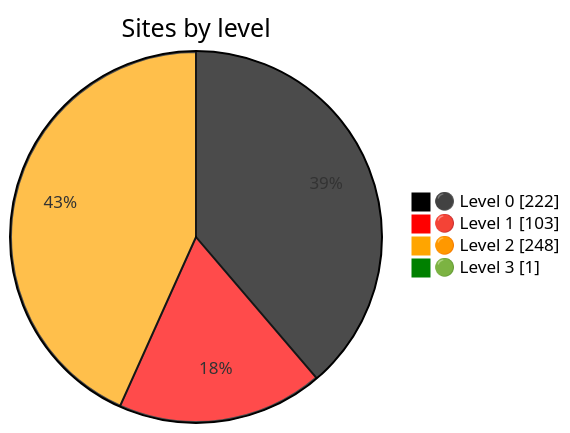
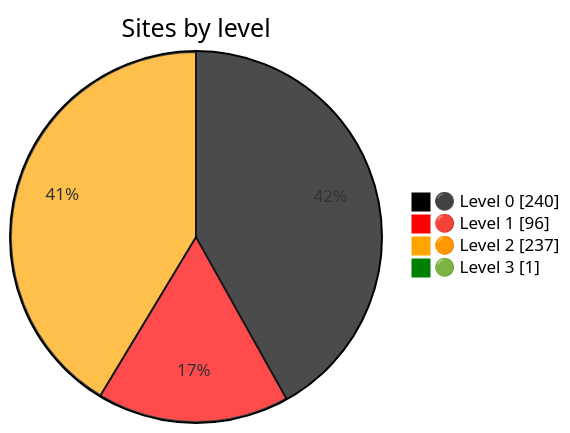
The diagram in README.md (Dushmilan/gov_lk_web_auditor), drawn with Mermaid before and after one commit. The commit also changed other lines of this file and 2578 other files, not shown here.

````diff
--- a/README.md
+++ b/README.md
@@ -24,9 +24,9 @@
 ```mermaid
 %%{init: {"themeVariables":{"pie1":"black","pie2":"red","pie3":"orange","pie4":"green"}}}%%
 pie showData
     title Sites by level
-    "⚫ Level 0" : 222
-    "🔴 Level 1" : 103
-    "🟠 Level 2" : 248
+    "⚫ Level 0" : 240
+    "🔴 Level 1" : 96
+    "🟠 Level 2" : 237
     "🟢 Level 3" : 1
 ```
````
